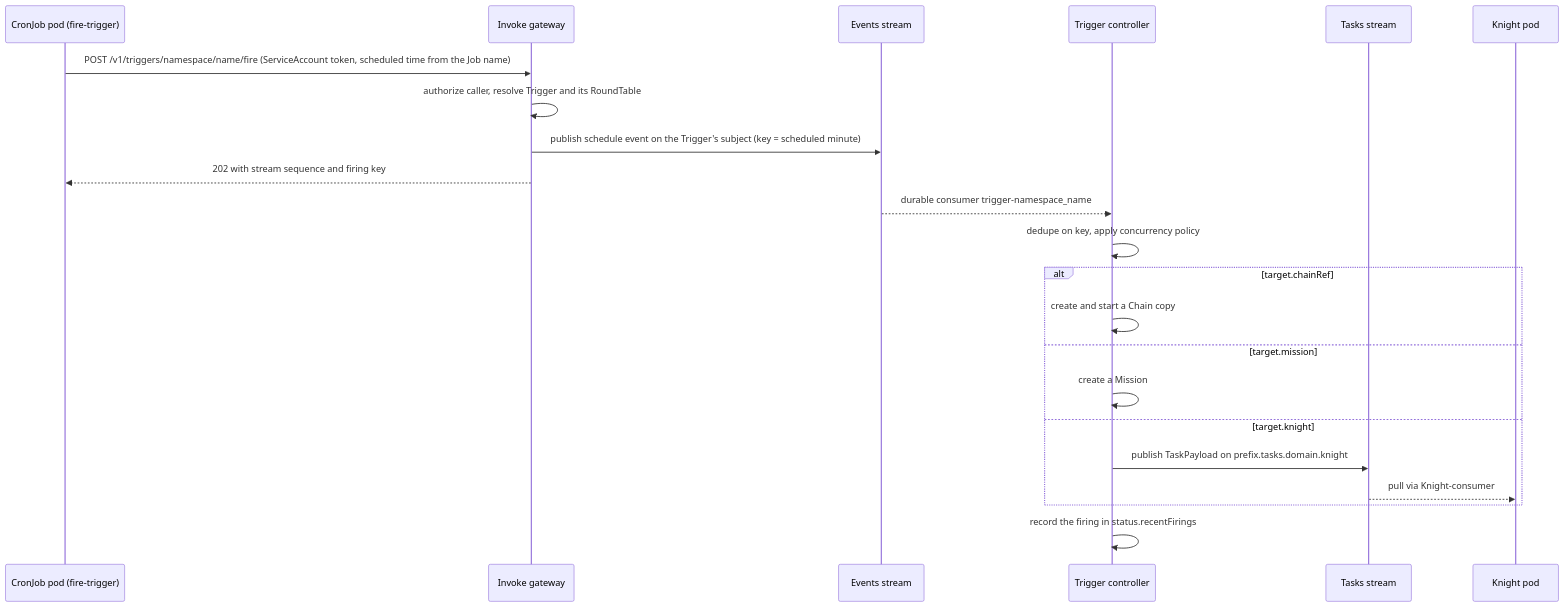
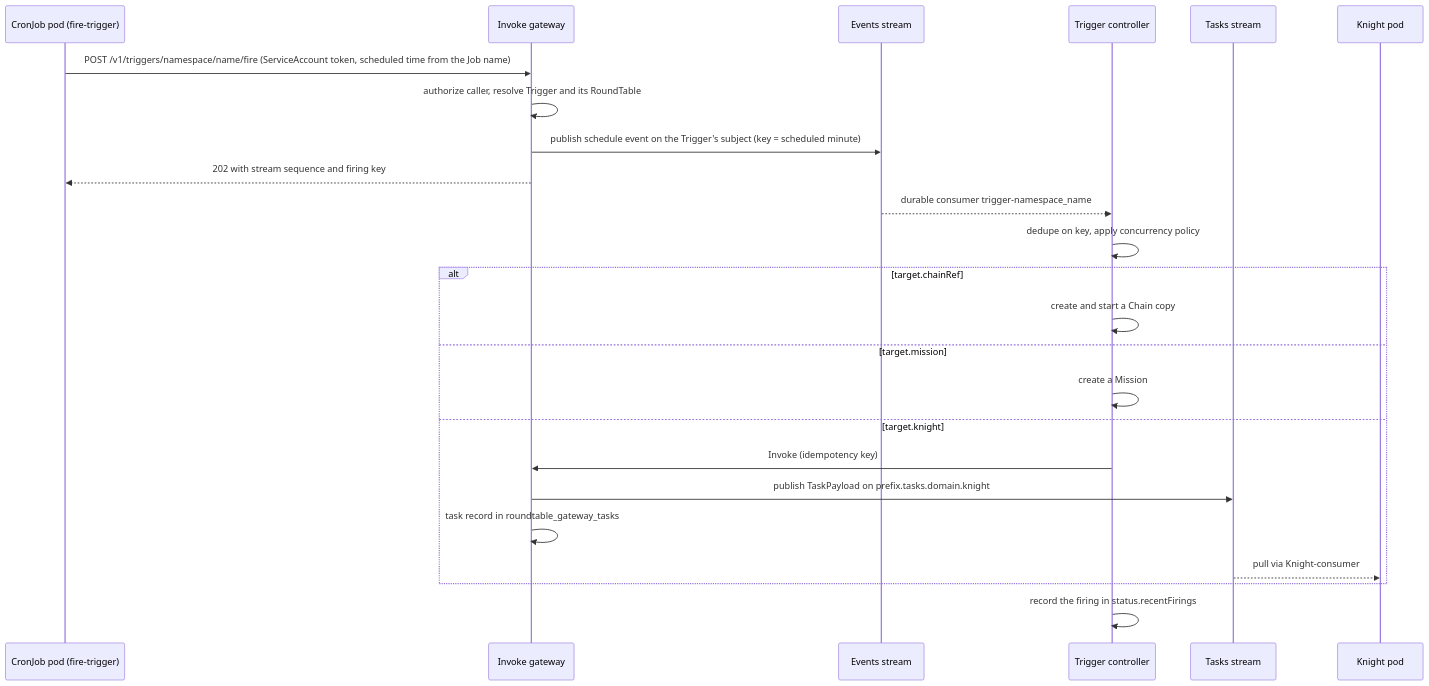
The fifth of 5 diagrams in docs/ARCHITECTURE.md (roundtable-k8s/roundtable), drawn with Mermaid before and after one commit. The commit also changed other lines of this file and 4 other files, not shown here.

Commit message:
docs: add Trigger controller to architecture, fix traceId and MCP notes, drop unused MCPServersEnv

````diff
--- a/docs/ARCHITECTURE.md
+++ b/docs/ARCHITECTURE.md
@@ -238,24 +243,26 @@
 ```mermaid
 sequenceDiagram
   participant CJ as CronJob pod (fire-trigger)
   participant G as Invoke gateway
   participant E as Events stream
   participant TC as Trigger controller
   participant T as Tasks stream
   participant K as Knight pod
   CJ->>G: POST /v1/triggers/namespace/name/fire (ServiceAccount token, scheduled time from the Job name)
   G->>G: authorize caller, resolve Trigger and its RoundTable
   G->>E: publish schedule event on the Trigger's subject (key = scheduled minute)
   G-->>CJ: 202 with stream sequence and firing key
   E-->>TC: durable consumer trigger-namespace_name
   TC->>TC: dedupe on key, apply concurrency policy
   alt target.chainRef
     TC->>TC: create and start a Chain copy
   else target.mission
     TC->>TC: create a Mission
   else target.knight
-    TC->>T: publish TaskPayload on prefix.tasks.domain.knight
+    TC->>G: Invoke (idempotency key)
+    G->>T: publish TaskPayload on prefix.tasks.domain.knight
+    G->>G: task record in roundtable_gateway_tasks
     T-->>K: pull via Knight-consumer
   end
   TC->>TC: record the firing in status.recentFirings
 ```
````
